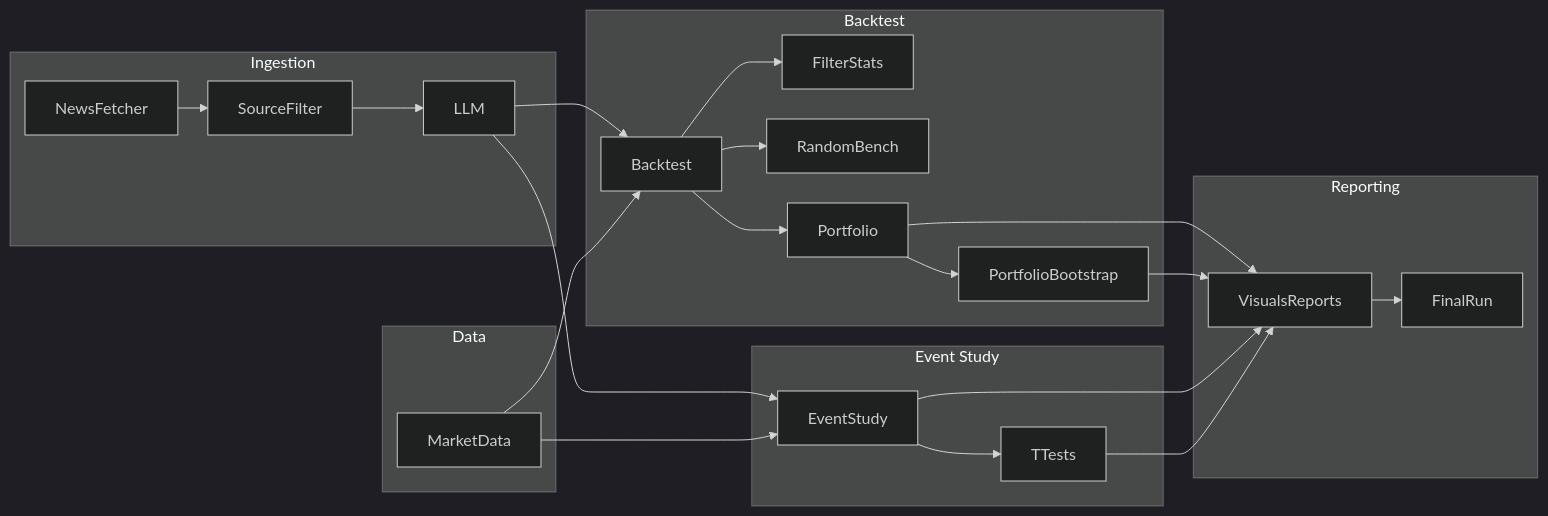
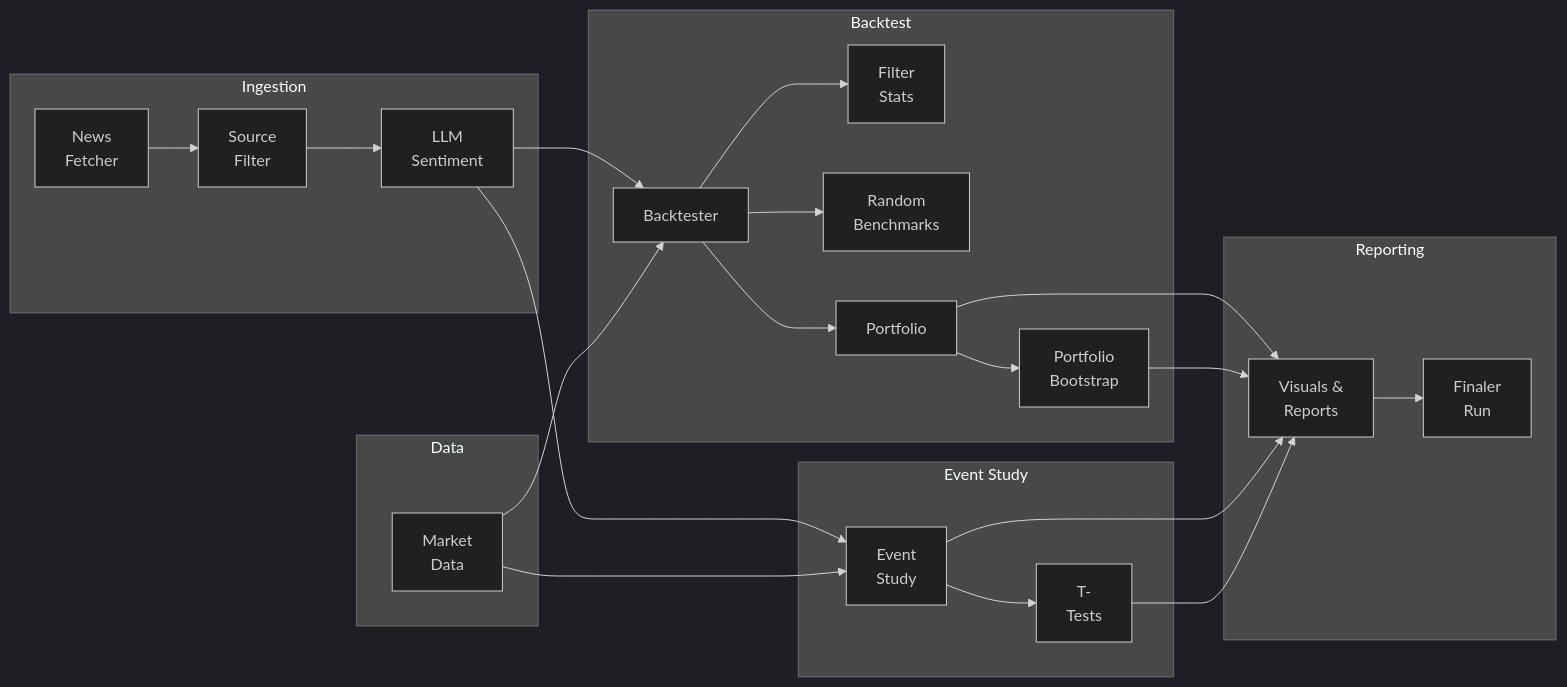
One commit to Lugier/intraday-news-sentiment-backtester changed the diagram in README.md. Above: the diagram before and after it, drawn with Mermaid (dark theme).

Commit message:
docs: Box-Labels mit HTML Linebreaks (<br/>) für saubere Darstellung in Knoten

````diff
--- a/README.md
+++ b/README.md
@@ -56,41 +56,40 @@
 ```mermaid
-%%{init: { 'flowchart': { 'htmlLabels': false, 'nodeSpacing': 30, 'rankSpacing': 30 } }}%%
 flowchart LR
 
   %% Ingestion
   subgraph INGESTION [Ingestion]
-    NF[NewsFetcher] --> SF[SourceFilter]
-    SF --> LLM[LLM]
+    NF["News<br/>Fetcher"] --> SF["Source<br/>Filter"]
+    SF --> LLM["LLM<br/>Sentiment"]
   end
 
   %% Data
   subgraph DATA [Data]
-    MD[MarketData]
+    MD["Market<br/>Data"]
   end
 
   %% Backtest
   subgraph BACKTEST [Backtest]
-    LLM --> BT[Backtest]
+    LLM --> BT[Backtester]
     MD --> BT
-    BT --> FS[FilterStats]
-    BT --> RB[RandomBench]
+    BT --> FS["Filter<br/>Stats"]
+    BT --> RB["Random<br/>Benchmarks"]
     BT --> PF[Portfolio]
-    PF --> PB[PortfolioBootstrap]
+    PF --> PB["Portfolio<br/>Bootstrap"]
   end
 
   %% Event Study
   subgraph EVENTSTUDY [Event Study]
-    LLM --> ES[EventStudy]
+    LLM --> ES["Event<br/>Study"]
     MD --> ES
-    ES --> EST[TTests]
+    ES --> EST["T-<br/>Tests"]
   end
 
   %% Reporting
   subgraph REPORTING [Reporting]
-    PF --> VR[VisualsReports]
+    PF --> VR["Visuals &<br/>Reports"]
     PB --> VR
     ES --> VR
     EST --> VR
-    VR --> OUT[FinalRun]
+    VR --> OUT["Finaler<br/>Run"]
   end
 ```
````
